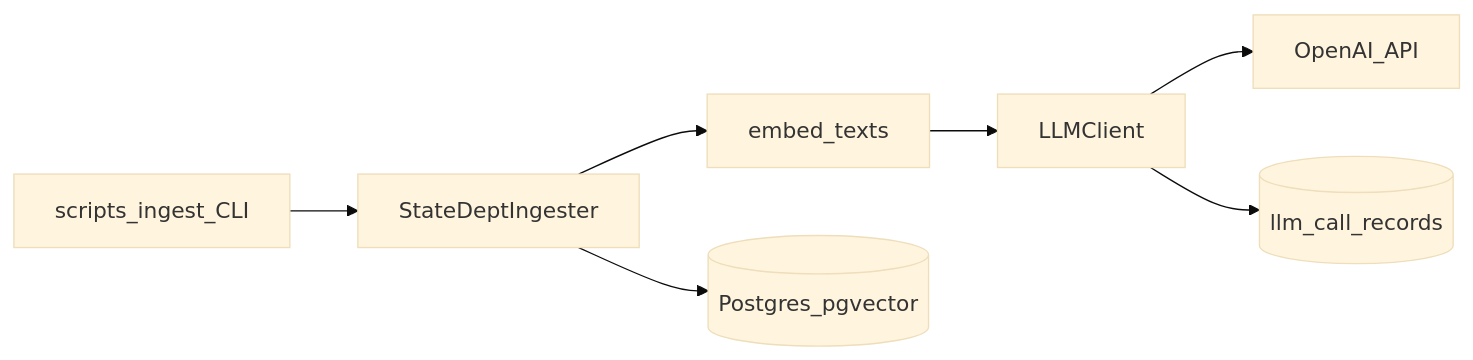
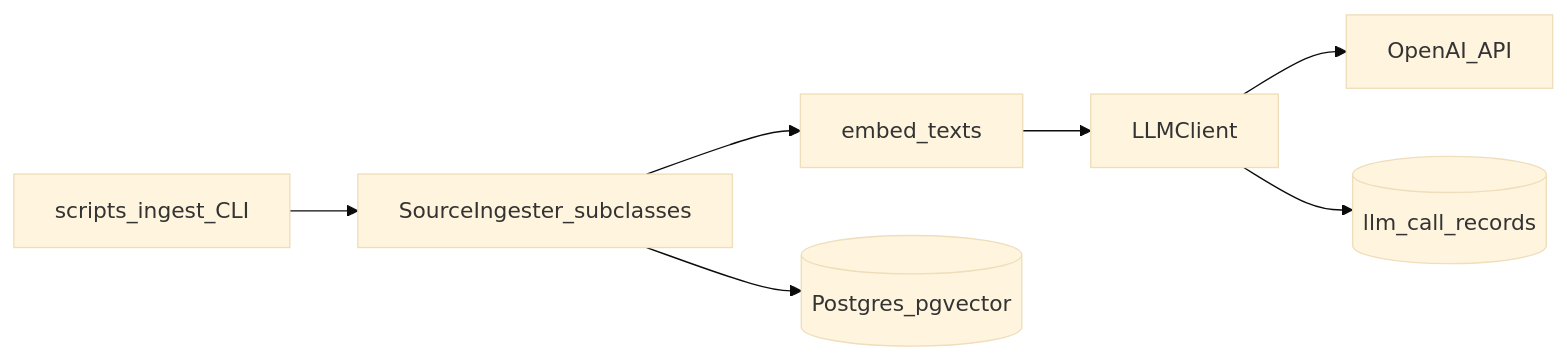
One commit to protektiq/wellfounded changed the fourth of 6 diagrams in DATA_FLOW.md. Above: the diagram before and after it, drawn with Mermaid (base theme). The commit also changed other lines of this file and 98 other files, not shown here.

````diff
--- a/DATA_FLOW.md
+++ b/DATA_FLOW.md
@@ -73,16 +75,16 @@
 ```mermaid
 flowchart LR
   cli[scripts_ingest_CLI]
-  ing[StateDeptIngester]
+  ing[SourceIngester_subclasses]
   emb[embed_texts]
   llc[LLMClient]
   oai[OpenAI_API]
   pg[(Postgres_pgvector)]
   rec[(llm_call_records)]
   cli --> ing
   ing --> emb
   emb --> llc
   llc --> oai
   llc --> rec
   ing --> pg
 ```
````
